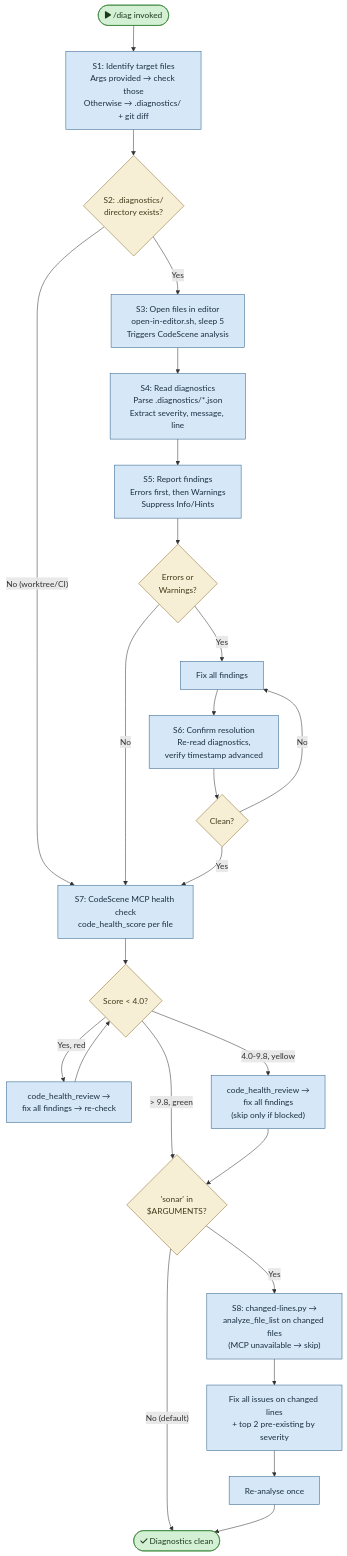
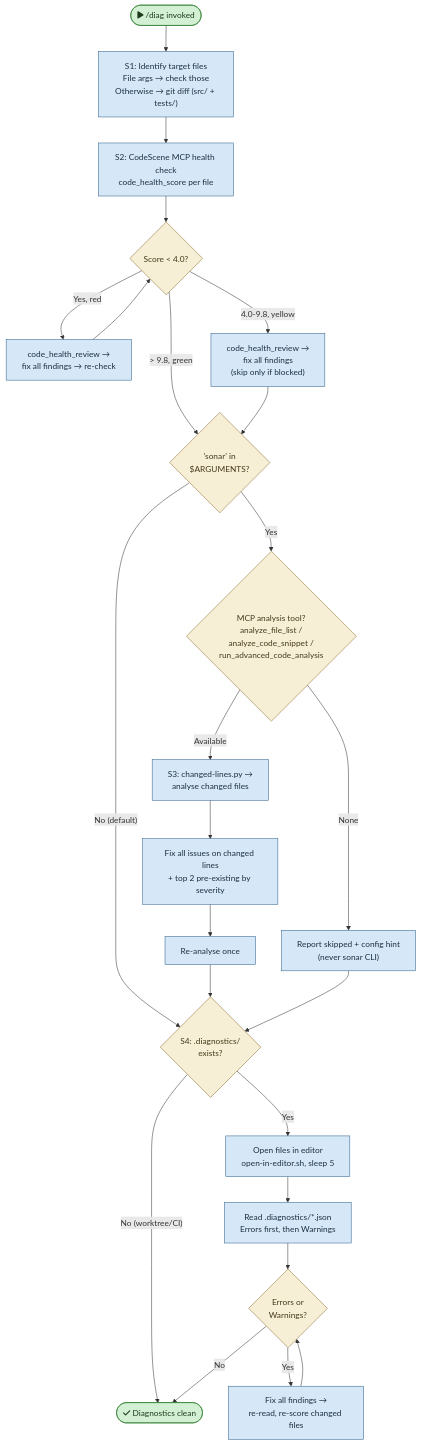
One commit to mironyx/engineering-delivery-framework changed the diagram in plugins/edf/skills/diag/flowchart.md. Above: the diagram before and after it, drawn with Mermaid. The commit also changed other lines of this file and 4 other files, not shown here.

First line of the commit message:
edf 0.10.79: diag runs CodeScene and Sonar MCP first, .diagnostics last (#111)

````diff
--- a/plugins/edf/skills/diag/flowchart.md
+++ b/plugins/edf/skills/diag/flowchart.md
@@ -5,47 +5,42 @@
 ```mermaid
 flowchart TD
     START(["fa:fa-play /diag invoked"]) --> S1
 
-    S1["S1: Identify target files<br/>Args provided → check those<br/>Otherwise → .diagnostics/ + git diff"] --> S2
+    S1["S1: Identify target files<br/>File args → check those<br/>Otherwise → git diff (src/ + tests/)"] --> S2
 
-    S2{"S2: .diagnostics/<br/>directory exists?"} -->|"No (worktree/CI)"| S7
-    S2 -->|"Yes"| S3
+    S2["S2: CodeScene MCP health check<br/>code_health_score per file"] --> S2_CHK{"Score < 4.0?"}
+    S2_CHK -->|"Yes, red"| S2_FIX["code_health_review →<br/>fix all findings → re-check"]
+    S2_CHK -->|"4.0-9.8, yellow"| S2_REVIEW["code_health_review →<br/>fix all findings<br/>(skip only if blocked)"]
+    S2_CHK -->|"> 9.8, green"| S3_GATE
 
-    S3["S3: Open files in editor<br/>open-in-editor.sh, sleep 5<br/>Triggers CodeScene analysis"] --> S4
+    S2_FIX --> S2_CHK
+    S2_REVIEW --> S3_GATE
 
-    S4["S4: Read diagnostics<br/>Parse .diagnostics/*.json<br/>Extract severity, message, line"] --> S5
+    S3_GATE{"'sonar' in<br/>$ARGUMENTS?"} -->|"No (default)"| S4
+    S3_GATE -->|"Yes"| S3_TOOL{"MCP analysis tool?<br/>analyze_file_list /<br/>analyze_code_snippet /<br/>run_advanced_code_analysis"}
+    S3_TOOL -->|"None"| S3_SKIP["Report skipped + config hint<br/>(never sonar CLI)"]
+    S3_TOOL -->|"Available"| S3["S3: changed-lines.py →<br/>analyse changed files"]
+    S3 --> S3_FIX["Fix all issues on changed lines<br/>+ top 2 pre-existing by severity"]
+    S3_FIX --> S3_RE["Re-analyse once"]
+    S3_RE --> S4
+    S3_SKIP --> S4
 
-    S5["S5: Report findings<br/>Errors first, then Warnings<br/>Suppress Info/Hints"] --> S5_CHK{"Errors or<br/>Warnings?"}
-    S5_CHK -->|"No"| S7
-    S5_CHK -->|"Yes"| S5_FIX["Fix all findings"]
-
-    S5_FIX --> S6["S6: Confirm resolution<br/>Re-read diagnostics,<br/>verify timestamp advanced"]
-    S6 --> S6_CHK{"Clean?"}
-    S6_CHK -->|"No"| S5_FIX
-    S6_CHK -->|"Yes"| S7
-
-    S7["S7: CodeScene MCP health check<br/>code_health_score per file"] --> S7_CHK{"Score < 4.0?"}
-    S7_CHK -->|"Yes, red"| S7_FIX["code_health_review →<br/>fix all findings → re-check"]
-    S7_CHK -->|"4.0-9.8, yellow"| S7_REVIEW["code_health_review →<br/>fix all findings<br/>(skip only if blocked)"]
-    S7_CHK -->|"> 9.8, green"| S8_GATE
-
-    S7_FIX --> S7_CHK
-    S7_REVIEW --> S8_GATE
-
-    S8_GATE{"'sonar' in<br/>$ARGUMENTS?"} -->|"No (default)"| DONE
-    S8_GATE -->|"Yes"| S8["S8: changed-lines.py →<br/>analyze_file_list on changed files<br/>(MCP unavailable → skip)"]
-    S8 --> S8_FIX["Fix all issues on changed lines<br/>+ top 2 pre-existing by severity"]
-    S8_FIX --> S8_RE["Re-analyse once"]
-    S8_RE --> DONE
+    S4{"S4: .diagnostics/<br/>exists?"} -->|"No (worktree/CI)"| DONE
+    S4 -->|"Yes"| S4_OPEN["Open files in editor<br/>open-in-editor.sh, sleep 5"]
+    S4_OPEN --> S4_READ["Read .diagnostics/*.json<br/>Errors first, then Warnings"]
+    S4_READ --> S4_CHK{"Errors or<br/>Warnings?"}
+    S4_CHK -->|"No"| DONE
+    S4_CHK -->|"Yes"| S4_FIX["Fix all findings →<br/>re-read, re-score changed files"]
+    S4_FIX --> S4_CHK
 
     DONE(["fa:fa-check Diagnostics clean"])
 
     %% ── Styles ──
     classDef startend fill:#d4f0d4,stroke:#2d7d2d,color:#1a3a1a
     classDef process fill:#d6e8f7,stroke:#2d5f8a,color:#1a2f44
     classDef decision fill:#f7eed6,stroke:#8a6d2d,color:#443a1a
 
     class START,DONE startend
-    class S1,S3,S4,S5,S5_FIX,S6,S7,S7_FIX,S7_REVIEW,S8,S8_FIX,S8_RE process
-    class S2,S5_CHK,S6_CHK,S7_CHK,S8_GATE decision
+    class S1,S2,S2_FIX,S2_REVIEW,S3,S3_SKIP,S3_FIX,S3_RE,S4_OPEN,S4_READ,S4_FIX process
+    class S2_CHK,S3_GATE,S3_TOOL,S4,S4_CHK decision
 ```
````
